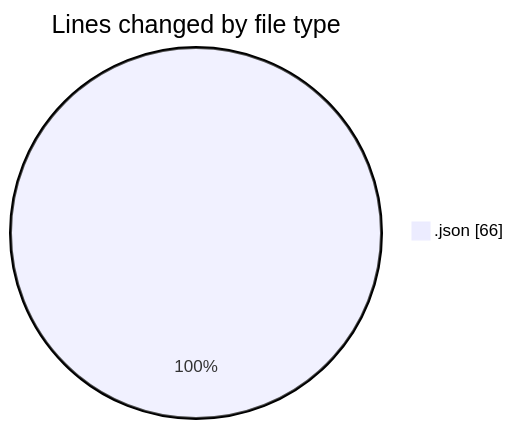
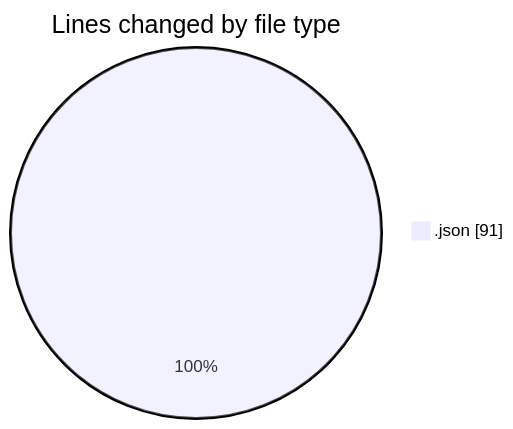
One commit to EIIisD/code-tracking changed the first of 2 diagrams in 2025-07-24/_claude/README.md. Above: the diagram before and after it, drawn with Mermaid. The commit also changed other lines of this file and 1 other file, not shown here.

````diff
--- a/2025-07-24/_claude/README.md
+++ b/2025-07-24/_claude/README.md
@@ -20,5 +20,5 @@
 ```mermaid
 pie showData
 title Lines changed by file type
-".json" : 66
+".json" : 91
 ```
````
